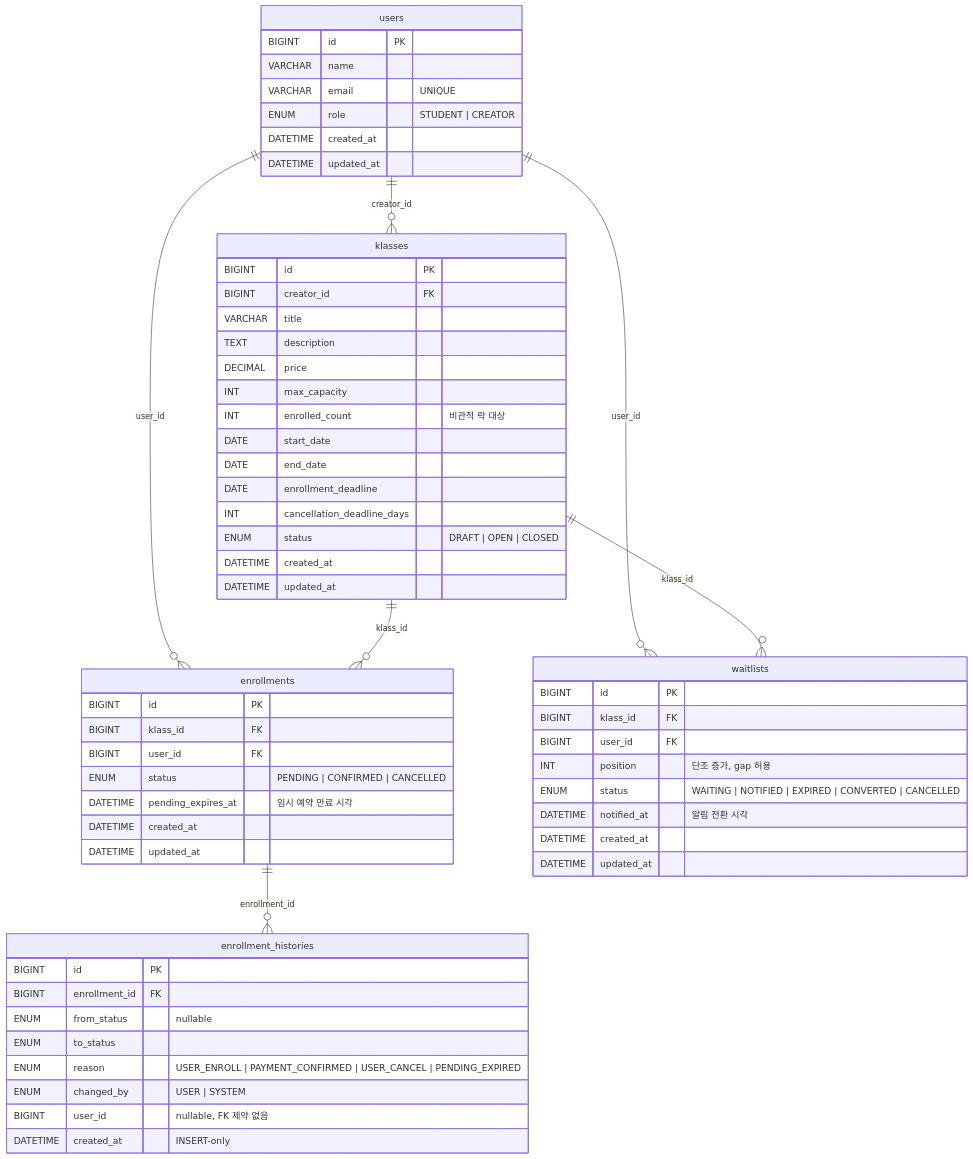
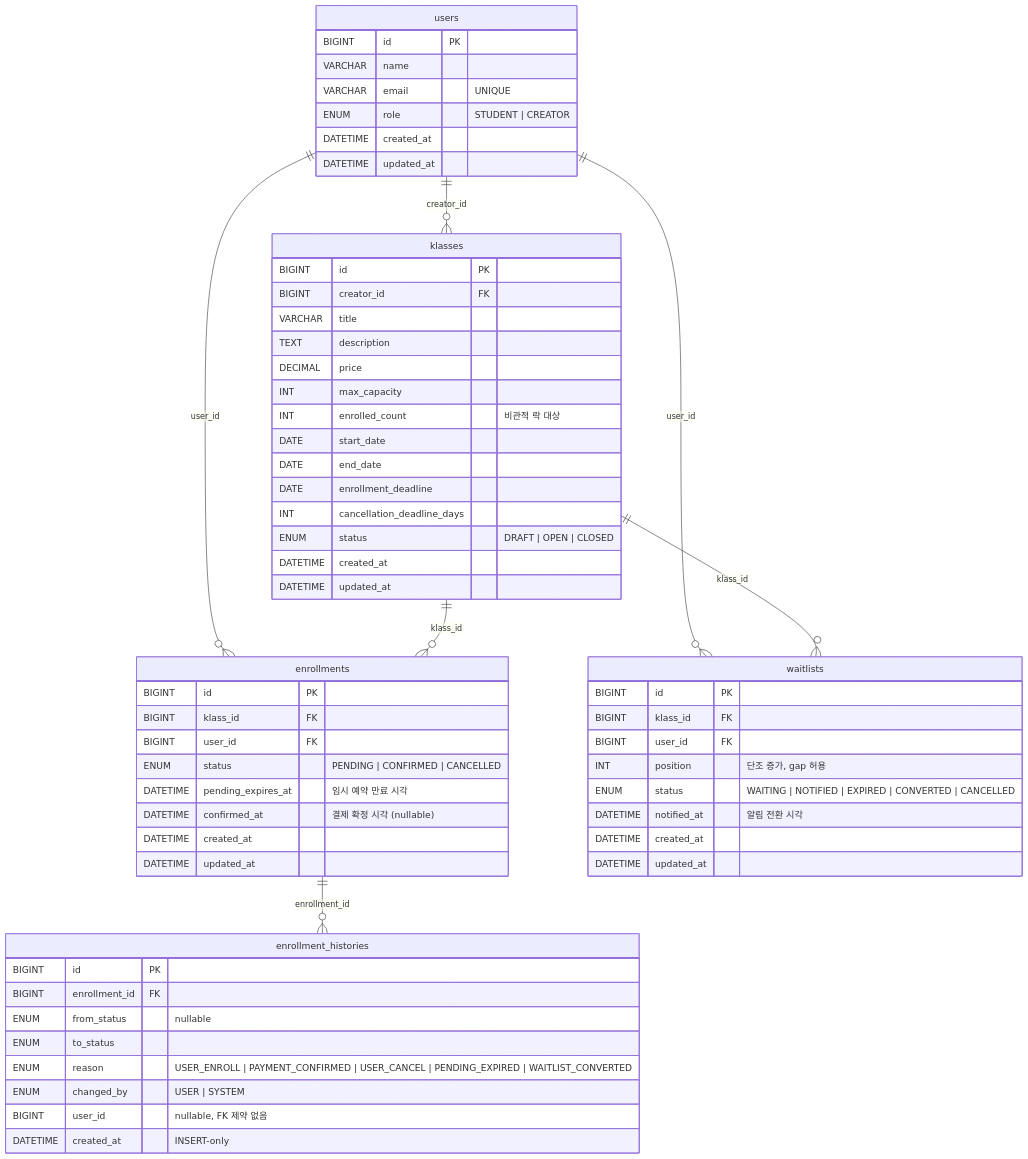
The first of 4 diagrams in docs/ERD.md (dd-jiyun/liveKlass-test), drawn with Mermaid before and after one commit. The commit also changed other lines of this file and 5 other files, not shown here.

````diff
--- a/docs/ERD.md
+++ b/docs/ERD.md
@@ -5,67 +5,68 @@
 ```mermaid
 erDiagram
     users {
         BIGINT id PK
         VARCHAR name
         VARCHAR email "UNIQUE"
         ENUM role "STUDENT | CREATOR"
         DATETIME created_at
         DATETIME updated_at
     }
 
     klasses {
         BIGINT id PK
         BIGINT creator_id FK
         VARCHAR title
         TEXT description
         DECIMAL price
         INT max_capacity
         INT enrolled_count "비관적 락 대상"
         DATE start_date
         DATE end_date
         DATE enrollment_deadline
         INT cancellation_deadline_days
         ENUM status "DRAFT | OPEN | CLOSED"
         DATETIME created_at
         DATETIME updated_at
     }
 
     enrollments {
         BIGINT id PK
         BIGINT klass_id FK
         BIGINT user_id FK
         ENUM status "PENDING | CONFIRMED | CANCELLED"
         DATETIME pending_expires_at "임시 예약 만료 시각"
+        DATETIME confirmed_at "결제 확정 시각 (nullable)"
         DATETIME created_at
         DATETIME updated_at
     }
 
     waitlists {
         BIGINT id PK
         BIGINT klass_id FK
         BIGINT user_id FK
         INT position "단조 증가, gap 허용"
         ENUM status "WAITING | NOTIFIED | EXPIRED | CONVERTED | CANCELLED"
         DATETIME notified_at "알림 전환 시각"
         DATETIME created_at
         DATETIME updated_at
     }
 
     enrollment_histories {
         BIGINT id PK
         BIGINT enrollment_id FK
         ENUM from_status "nullable"
         ENUM to_status
-        ENUM reason "USER_ENROLL | PAYMENT_CONFIRMED | USER_CANCEL | PENDING_EXPIRED"
+        ENUM reason "USER_ENROLL | PAYMENT_CONFIRMED | USER_CANCEL | PENDING_EXPIRED | WAITLIST_CONVERTED"
         ENUM changed_by "USER | SYSTEM"
         BIGINT user_id "nullable, FK 제약 없음"
         DATETIME created_at "INSERT-only"
     }
 
     users ||--o{ klasses : "creator_id"
     users ||--o{ enrollments : "user_id"
     users ||--o{ waitlists : "user_id"
     klasses ||--o{ enrollments : "klass_id"
     klasses ||--o{ waitlists : "klass_id"
     enrollments ||--o{ enrollment_histories : "enrollment_id"
 ```
````
